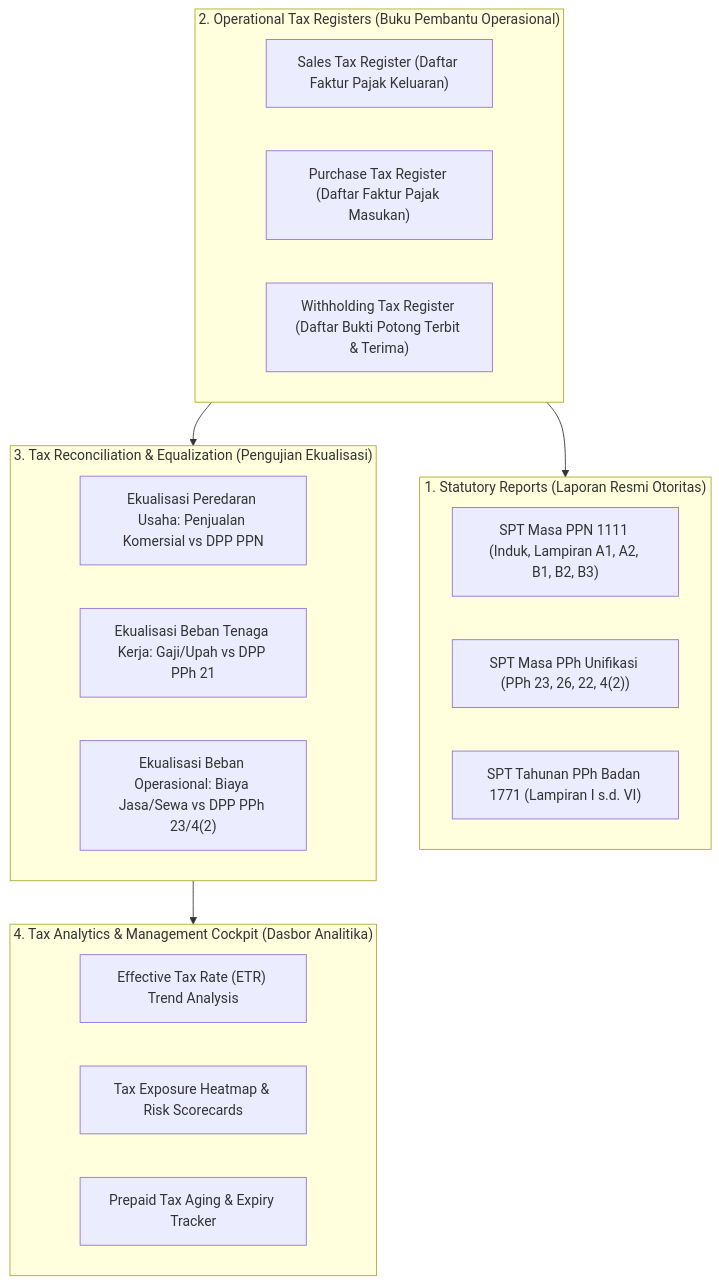
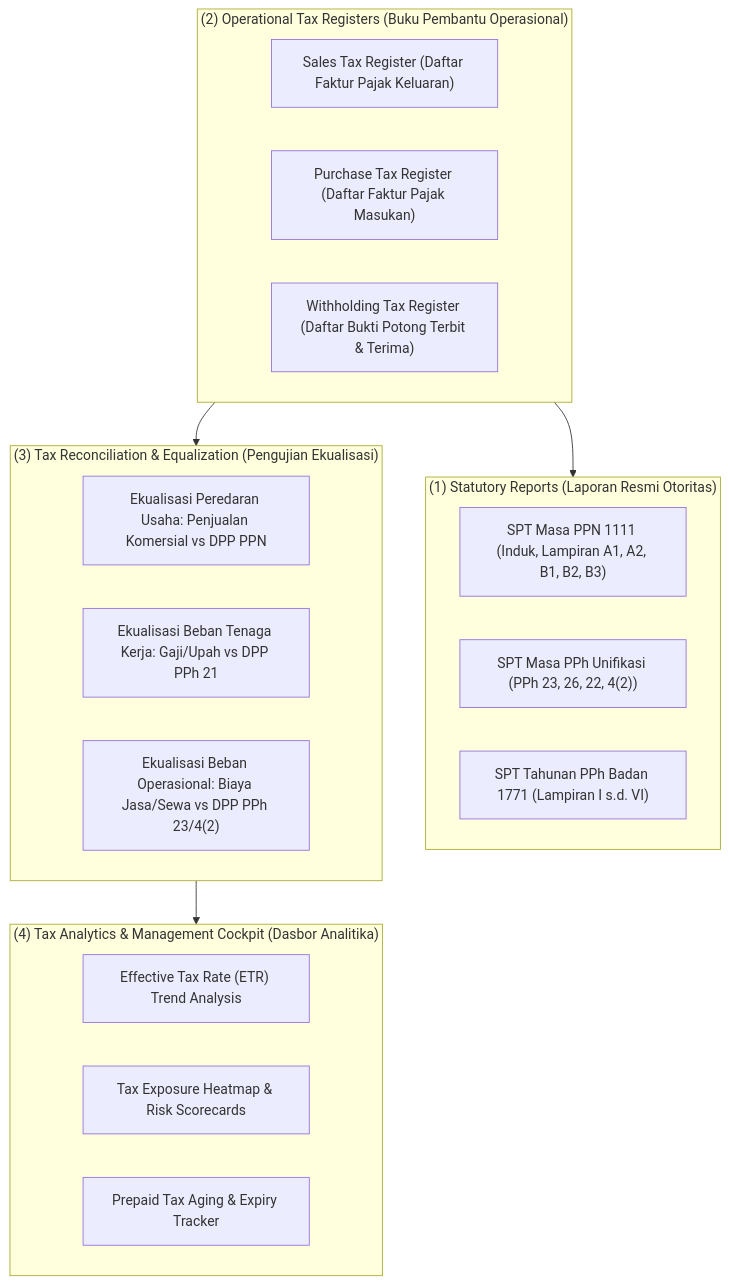
One commit to alimurrofid/erp-notes changed the diagram in content/11-tax/tax-reporting-and-tax-analytics.md. Above: the diagram before and after it, drawn with Mermaid. The commit also changed 132 other files, not shown here.

````diff
--- a/content/11-tax/tax-reporting-and-tax-analytics.md
+++ b/content/11-tax/tax-reporting-and-tax-analytics.md
@@ -29,30 +29,30 @@
 ```mermaid
 flowchart TD
-    subgraph Layer1["1. Statutory Reports (Laporan Resmi Otoritas)"]
+    subgraph Layer1["(1) Statutory Reports (Laporan Resmi Otoritas)"]
         S1["SPT Masa PPN 1111 (Induk, Lampiran A1, A2, B1, B2, B3)"]
         S2["SPT Masa PPh Unifikasi (PPh 23, 26, 22, 4(2))"]
         S3["SPT Tahunan PPh Badan 1771 (Lampiran I s.d. VI)"]
     end
 
-    subgraph Layer2["2. Operational Tax Registers (Buku Pembantu Operasional)"]
+    subgraph Layer2["(2) Operational Tax Registers (Buku Pembantu Operasional)"]
         O1["Sales Tax Register (Daftar Faktur Pajak Keluaran)"]
         O2["Purchase Tax Register (Daftar Faktur Pajak Masukan)"]
         O3["Withholding Tax Register (Daftar Bukti Potong Terbit & Terima)"]
     end
 
-    subgraph Layer3["3. Tax Reconciliation & Equalization (Pengujian Ekualisasi)"]
+    subgraph Layer3["(3) Tax Reconciliation & Equalization (Pengujian Ekualisasi)"]
         R1["Ekualisasi Peredaran Usaha: Penjualan Komersial vs DPP PPN"]
         R2["Ekualisasi Beban Tenaga Kerja: Gaji/Upah vs DPP PPh 21"]
         R3["Ekualisasi Beban Operasional: Biaya Jasa/Sewa vs DPP PPh 23/4(2)"]
     end
 
-    subgraph Layer4["4. Tax Analytics & Management Cockpit (Dasbor Analitika)"]
+    subgraph Layer4["(4) Tax Analytics & Management Cockpit (Dasbor Analitika)"]
         A1["Effective Tax Rate (ETR) Trend Analysis"]
         A2["Tax Exposure Heatmap & Risk Scorecards"]
         A3["Prepaid Tax Aging & Expiry Tracker"]
     end
 
     Layer2 --> Layer1
     Layer2 --> Layer3
     Layer3 --> Layer4
 ```
````
